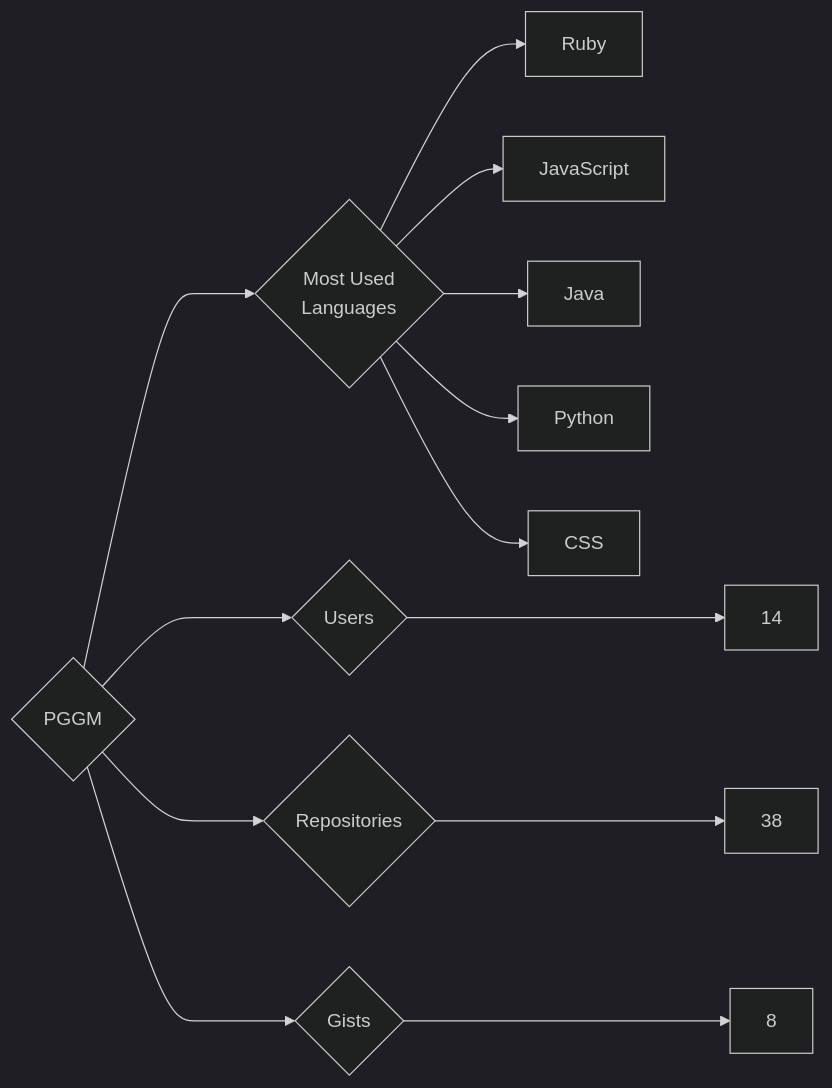
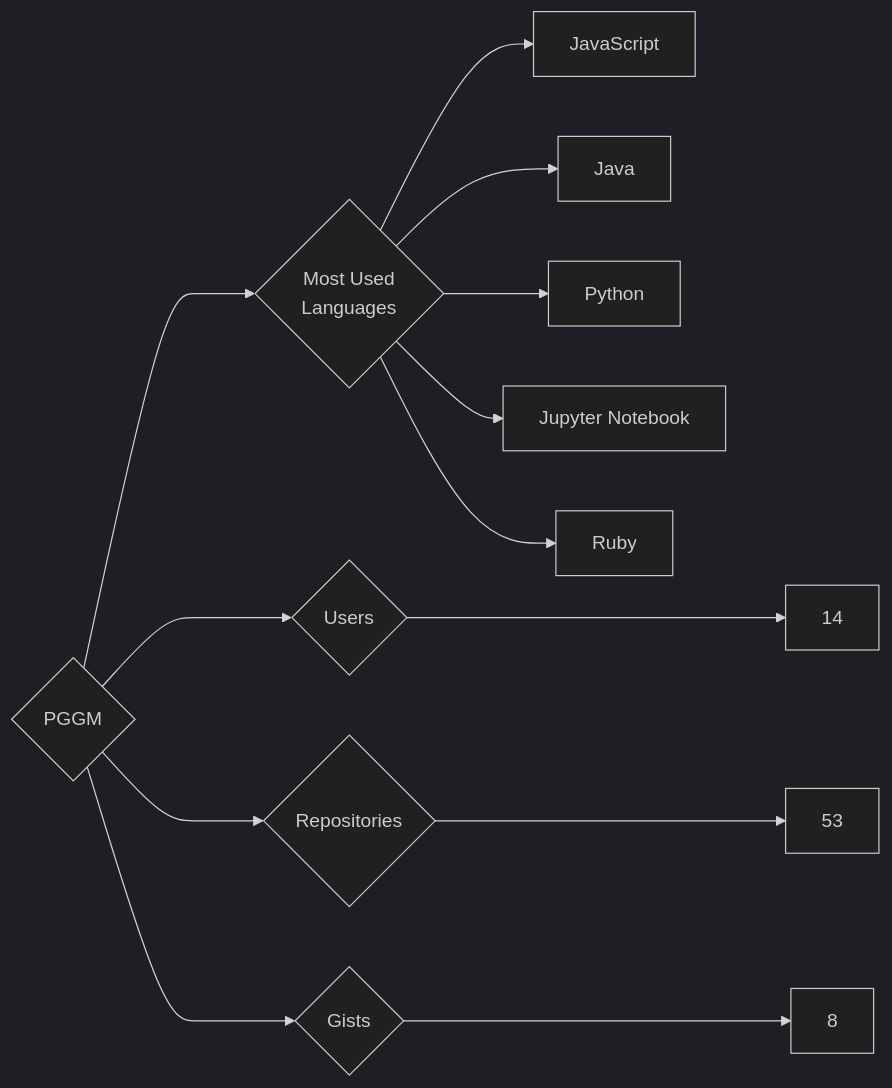
The diagram in targets/PGGM/README.md (trickest/insiders), drawn with Mermaid (dark theme) before and after one commit. The commit also changed 886 other files, not shown here.

````diff
--- a/targets/PGGM/README.md
+++ b/targets/PGGM/README.md
@@ -3,13 +3,13 @@
 ```mermaid
 graph LR
 COMPANY_NAME{PGGM}
 COMPANY_NAME ---> U{Users} ---> UN[14]
-COMPANY_NAME ---> R{Repositories} ---> RN[38]
+COMPANY_NAME ---> R{Repositories} ---> RN[53]
 COMPANY_NAME ---> G{Gists} ---> GN[8]
 COMPANY_NAME ---> ML{Most Used<br>Languages}
-ML --> Ruby[Ruby]
 ML --> JavaScript[JavaScript]
 ML --> Java[Java]
 ML --> Python[Python]
-ML --> CSS[CSS]
+ML --> Jupyter_Notebook[Jupyter Notebook]
+ML --> Ruby[Ruby]
 ```
````
